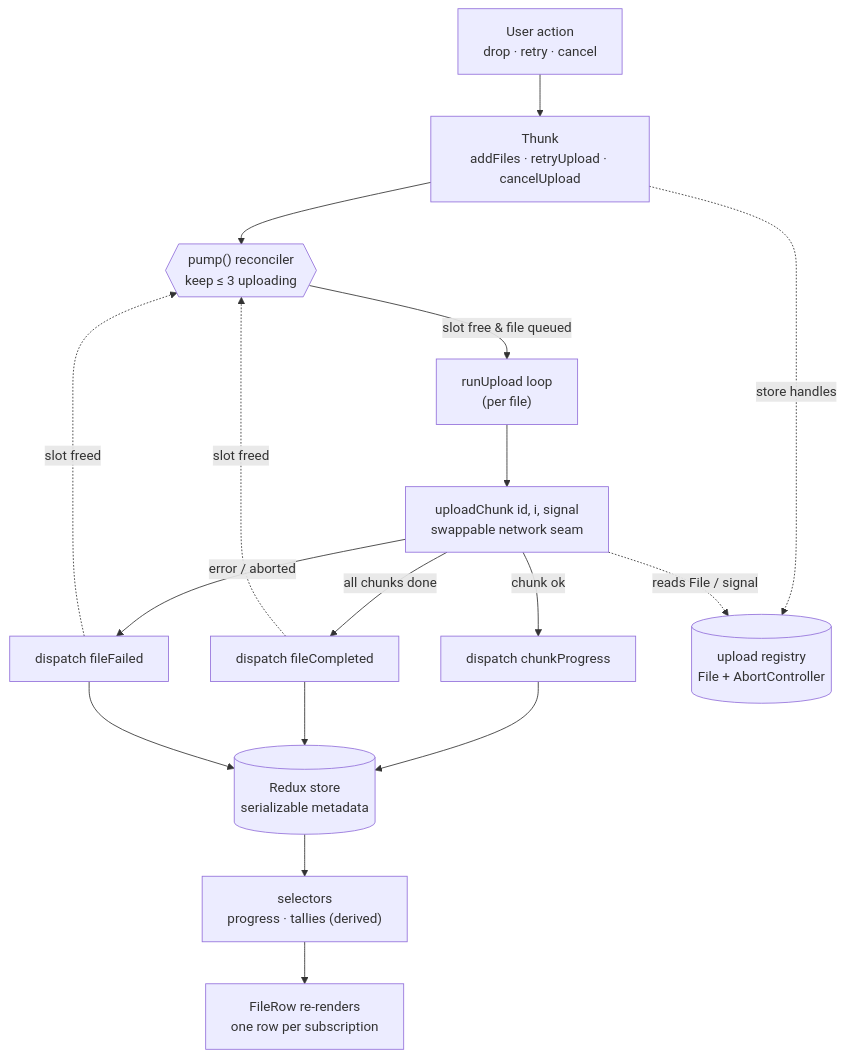
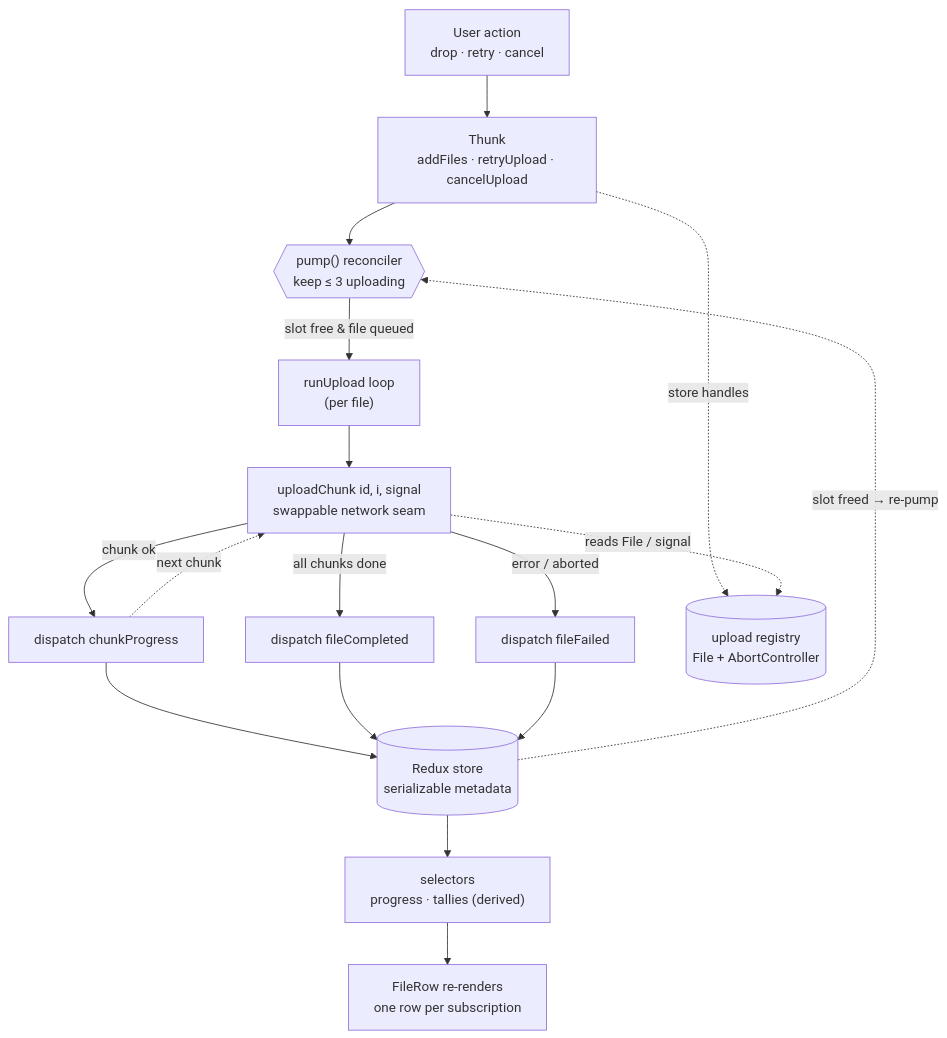
The first of 2 diagrams in README.md (Ahmad-Zia10/File-Upload-Manager), drawn with Mermaid before and after one commit.

Commit message:
Update state transitions in README.md

````diff
--- a/README.md
+++ b/README.md
@@ -37,19 +37,19 @@
 ```mermaid
 flowchart TD
     U["User action<br/>drop · retry · cancel"] --> T["Thunk<br/>addFiles · retryUpload · cancelUpload"]
     T --> P{{"pump() reconciler<br/>keep ≤ 3 uploading"}}
     P -->|slot free & file queued| R["runUpload loop<br/>(per file)"]
     R --> S["uploadChunk id, i, signal<br/>swappable network seam"]
     S -->|chunk ok| PR["dispatch chunkProgress"]
     S -->|all chunks done| DC["dispatch fileCompleted"]
     S -->|error / aborted| DF["dispatch fileFailed"]
     PR --> ST[("Redux store<br/>serializable metadata")]
     DC --> ST
     DF --> ST
     ST --> SEL["selectors<br/>progress · tallies (derived)"]
     SEL --> V["FileRow re-renders<br/>one row per subscription"]
-    DC -.->|slot freed| P
-    DF -.->|slot freed| P
+    PR -.->|next chunk| S
+    ST -.->|slot freed → re-pump| P
     T -.->|store handles| REG[("upload registry<br/>File + AbortController")]
     S -.->|reads File / signal| REG
 ```
````
